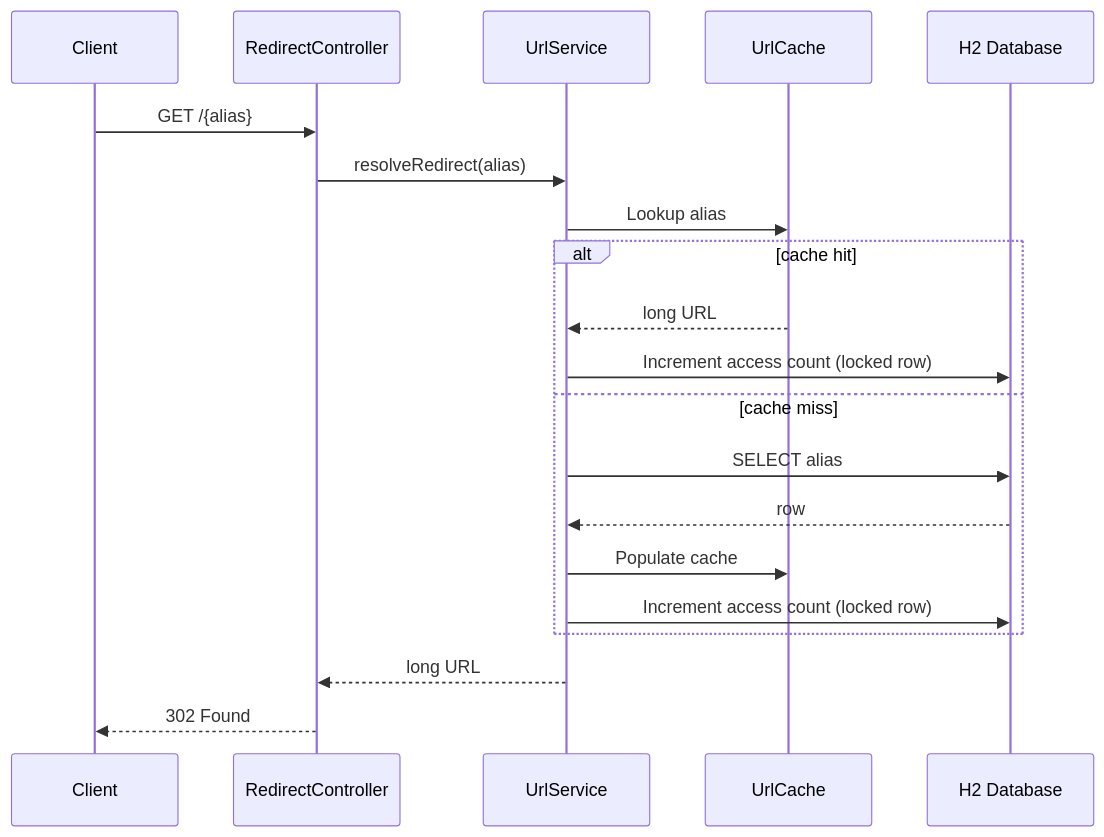
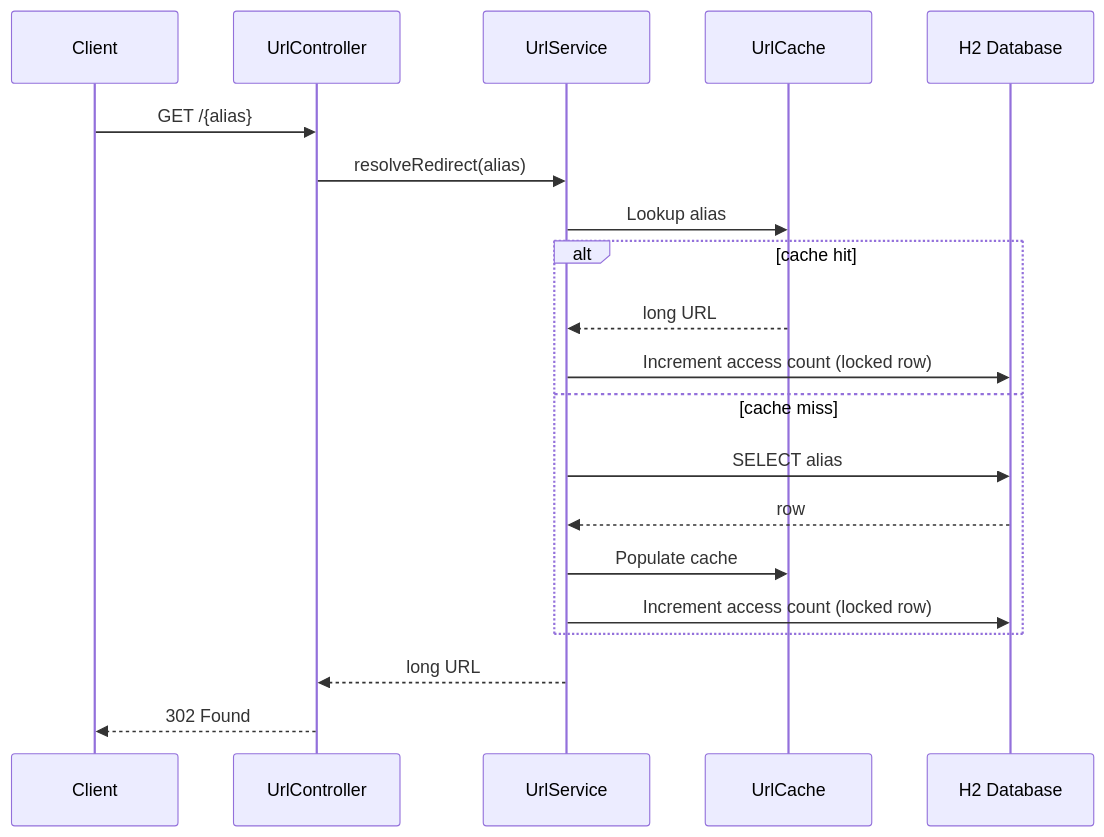
One commit to pogbapaul4321/digital_ocean changed the third of 3 diagrams in docs/architecture.md. Above: the diagram before and after it, drawn with Mermaid. The commit also changed other lines of this file and 11 other files, not shown here.

````diff
--- a/docs/architecture.md
+++ b/docs/architecture.md
@@ -50,23 +50,23 @@
 ```mermaid
 sequenceDiagram
     participant C as Client
-    participant H as RedirectController
+    participant H as UrlController
     participant S as UrlService
     participant K as UrlCache
     participant D as H2 Database
 
     C->>H: GET /{alias}
     H->>S: resolveRedirect(alias)
     S->>K: Lookup alias
     alt cache hit
         K-->>S: long URL
         S->>D: Increment access count (locked row)
     else cache miss
         S->>D: SELECT alias
         D-->>S: row
         S->>K: Populate cache
         S->>D: Increment access count (locked row)
     end
     S-->>H: long URL
     H-->>C: 302 Found
 ```
````
